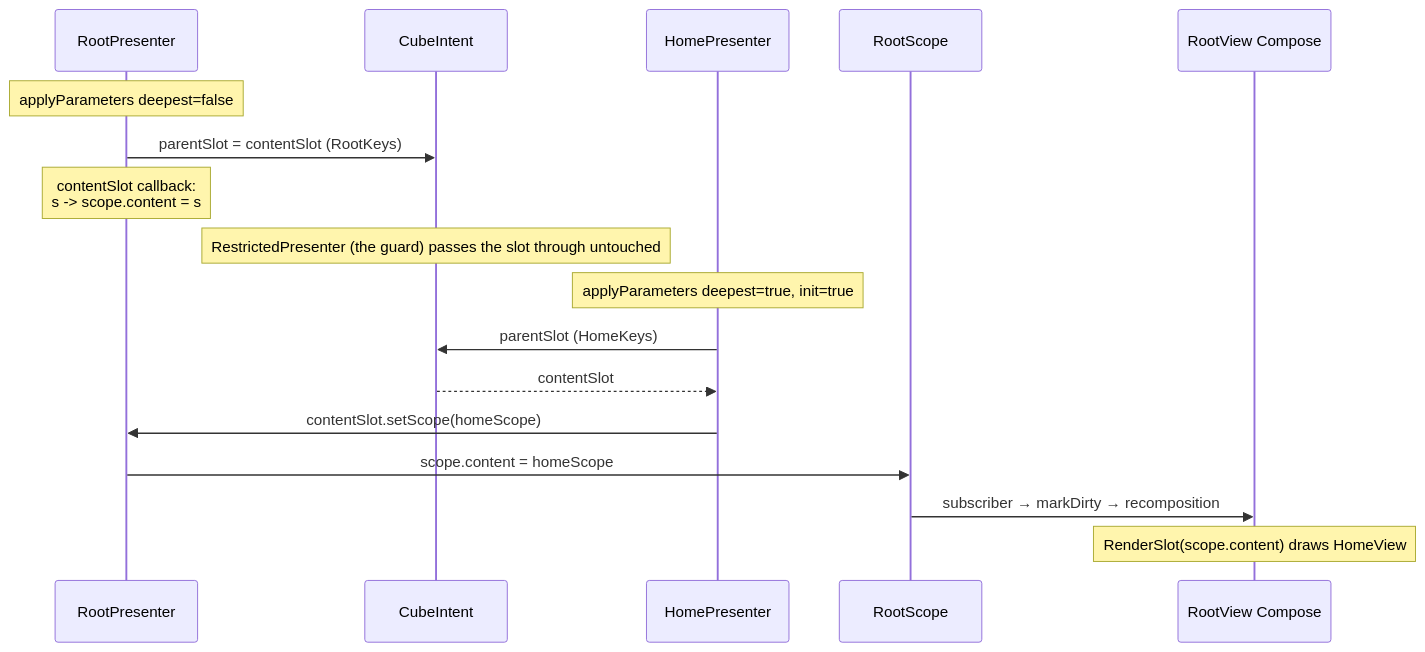
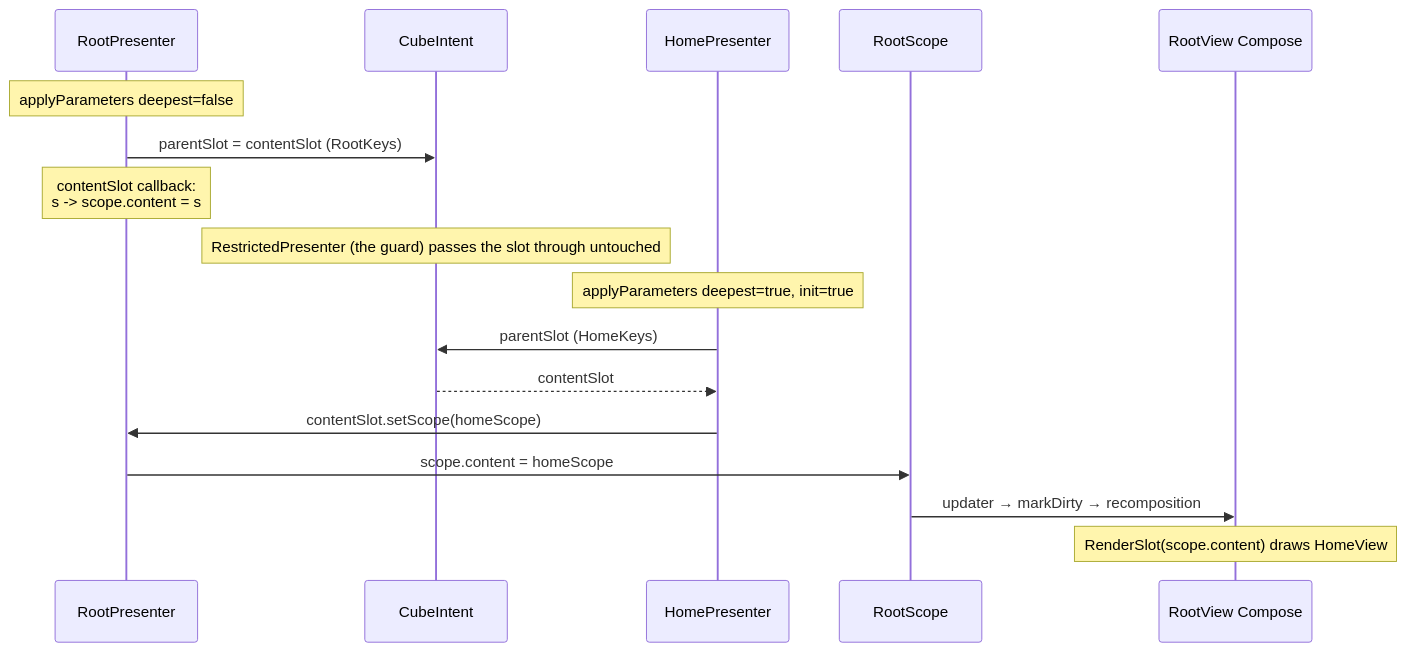
Before and after one commit to mrcdom/wdc-cube-kotlin: the sixth of 9 diagrams in docs/architecture-cube-compose.md, drawn with Mermaid. The commit also changed other lines of this file and 11 other files, not shown here.

````diff
--- a/docs/architecture-cube-compose.md
+++ b/docs/architecture-cube-compose.md
@@ -310,21 +309,21 @@
 ```mermaid
 sequenceDiagram
     participant Root as RootPresenter
     participant Intent as CubeIntent
     participant Home as HomePresenter
     participant RootScope
     participant RootView as RootView Compose
 
     Note over Root: applyParameters deepest=false
     Root->>Intent: parentSlot = contentSlot (RootKeys)
     Note over Root: contentSlot callback:<br/>s -> scope.content = s
 
     Note over Intent: RestrictedPresenter (the guard) passes the slot through untouched
     Note over Home: applyParameters deepest=true, init=true
     Home->>Intent: parentSlot (HomeKeys)
     Intent-->>Home: contentSlot
     Home->>Root: contentSlot.setScope(homeScope)
     Root->>RootScope: scope.content = homeScope
-    RootScope->>RootView: subscriber → markDirty → recomposition
+    RootScope->>RootView: updater → markDirty → recomposition
     Note over RootView: RenderSlot(scope.content) draws HomeView
 ```
````
